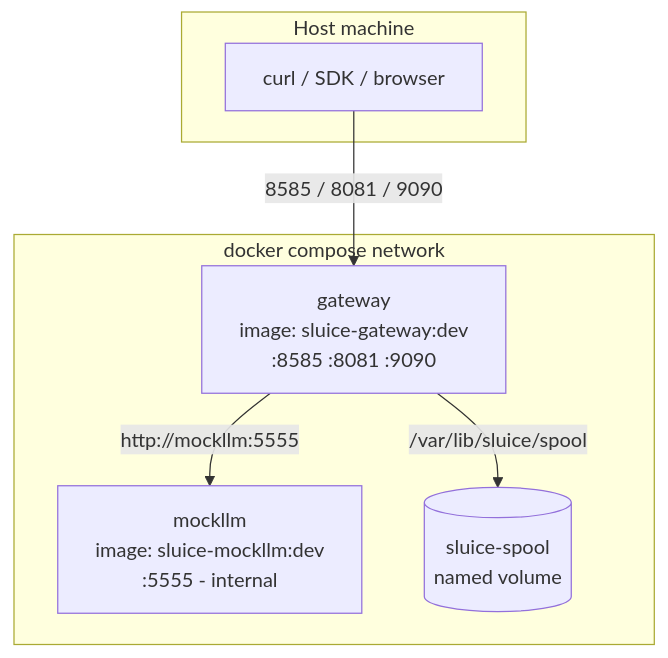
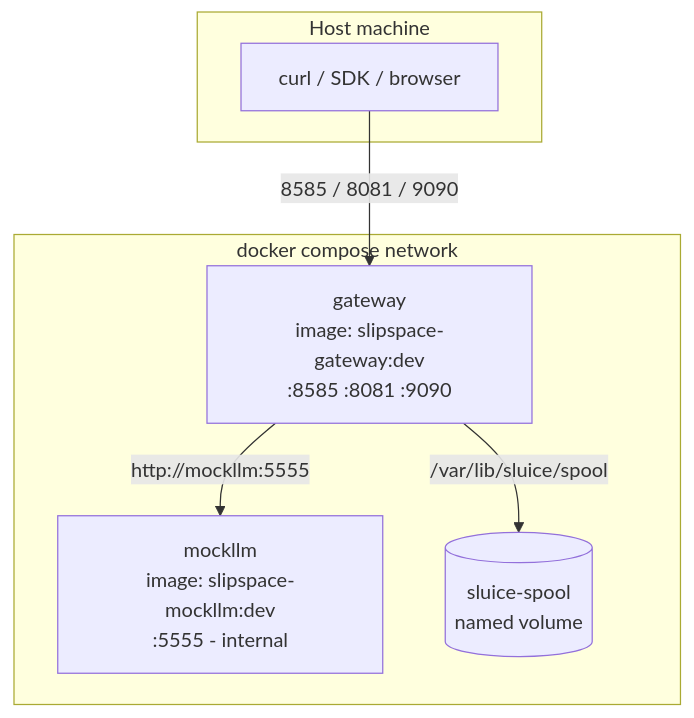
One commit to andyjmorgan/slipspace-gateway changed the second of 3 diagrams in docs/local-development.md. Above: the diagram before and after it, drawn with Mermaid. The commit also changed other lines of this file and 15 other files, not shown here.

First line of the commit message:
chore: rename published image packages sluice-*→slipspace-*

````diff
--- a/docs/local-development.md
+++ b/docs/local-development.md
@@ -77,14 +77,14 @@
 ```mermaid
 flowchart TB
     subgraph host[Host machine]
         Curl[curl / SDK / browser]
     end
     subgraph compose[docker compose network]
-        GW[gateway<br/>image: sluice-gateway:dev<br/>:8585 :8081 :9090]
-        Mock[mockllm<br/>image: sluice-mockllm:dev<br/>:5555 - internal]
+        GW[gateway<br/>image: slipspace-gateway:dev<br/>:8585 :8081 :9090]
+        Mock[mockllm<br/>image: slipspace-mockllm:dev<br/>:5555 - internal]
         Spool[(sluice-spool<br/>named volume)]
     end
     Curl -- "8585 / 8081 / 9090" --> GW
     GW -- "http://mockllm:5555" --> Mock
     GW -- "/var/lib/sluice/spool" --> Spool
 ```
````
